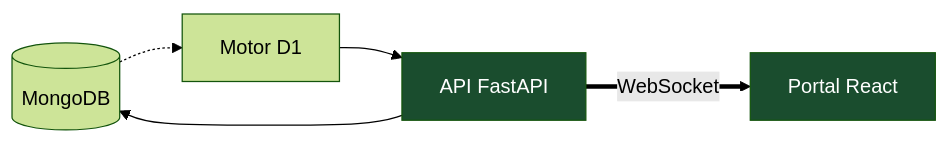
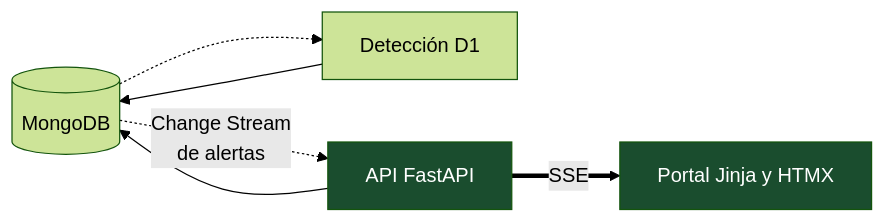
The eighth of 11 diagrams in docs/04-arquitectura.md (handelenriquezacuna/centinela), drawn with Mermaid (forest theme) before and after one commit. The commit also changed other lines of this file and 49 other files, not shown here.

````diff
--- a/docs/04-arquitectura.md
+++ b/docs/04-arquitectura.md
@@ -190,9 +191,10 @@
 ```mermaid
 flowchart LR
-    M[(MongoDB)] -.-> D1[Motor D1]
-    D1 --> API[API FastAPI]
-    API == WebSocket ==> UI[Portal React]
+    M[(MongoDB)] -.-> D1[Detección D1]
+    D1 --> M
+    M -. "Change Stream<br/>de alertas" .-> API[API FastAPI]
+    API == SSE ==> UI[Portal Jinja y HTMX]
     API --> M
     style API fill:#1a4d2e,color:#fff
     style UI fill:#1a4d2e,color:#fff
 ```
````
